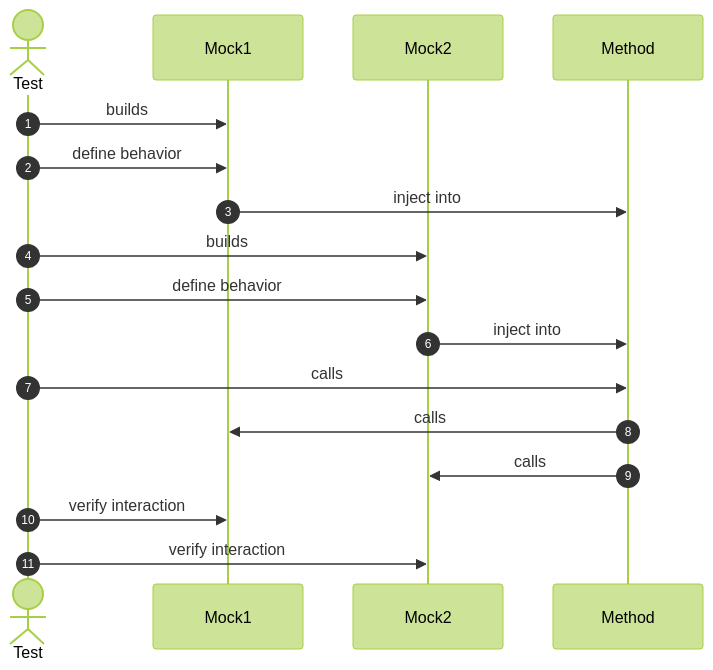
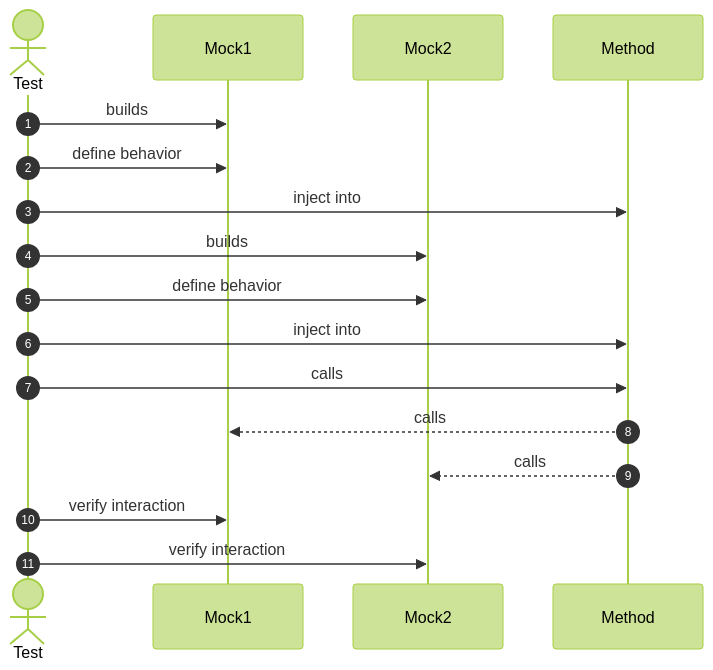
One commit to ghitacornel/docs changed the sixth of 8 diagrams in technology/UnitTests guidelines.md. Above: the diagram before and after it, drawn with Mermaid (forest theme). The commit also changed other lines of this file, not shown here.

````diff
--- a/technology/UnitTests guidelines.md
+++ b/technology/UnitTests guidelines.md
@@ -132,20 +132,20 @@
 ```mermaid
 sequenceDiagram
     autonumber
     actor Test
     participant Mock1
     participant Mock2
     participant Method
     Test->>Mock1:builds
     Test->>Mock1:define behavior
-    Mock1->>Method:inject into
+    Test->>Method:inject into
     Test->>Mock2:builds
     Test->>Mock2:define behavior
-    Mock2->>Method:inject into
+    Test->>Method:inject into
     Test->>Method:calls
-    Method->>Mock1:calls
-    Method->>Mock2:calls
+    Method-->>Mock1:calls
+    Method-->>Mock2:calls
     Test->>Mock1:verify interaction
     Test->>Mock2:verify interaction
     
 ```
````
